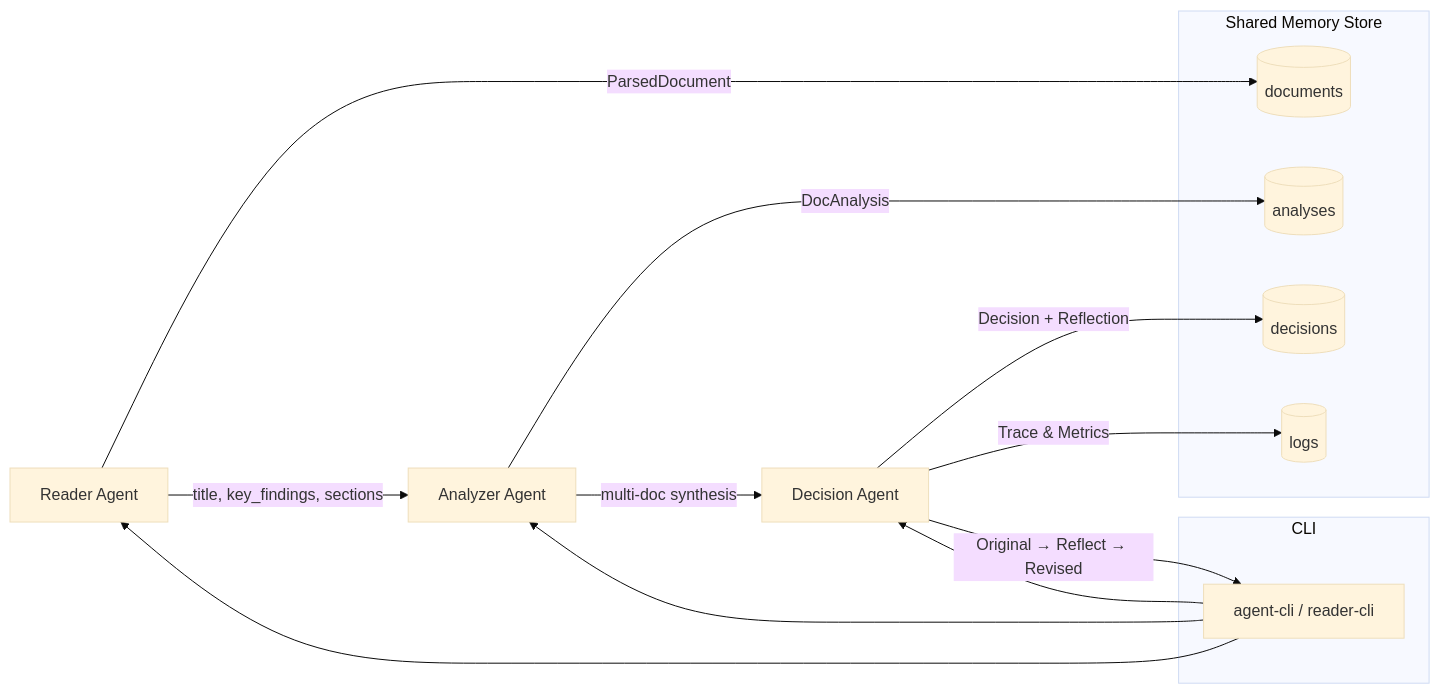
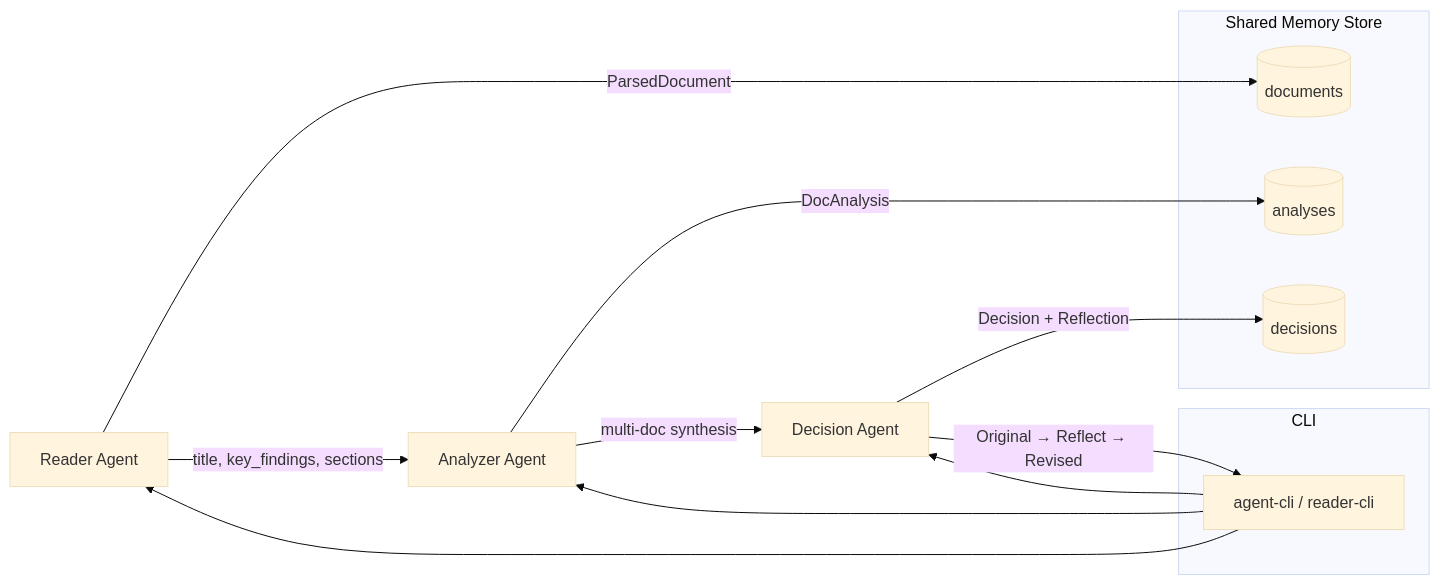
The diagram in README.md (Rozagp/agent-pipeline), drawn with Mermaid (base theme) before and after one commit.

````diff
--- a/README.md
+++ b/README.md
@@ -32,26 +32,26 @@
 ```mermaid
 flowchart LR
   subgraph Shared Memory Store
     S1[(documents)]
     S2[(analyses)]
     S3[(decisions)]
-    S4[(logs)]
+    
   end
 
   R[Reader Agent] -->|ParsedDocument| S1
   A[Analyzer Agent] -->|DocAnalysis| S2
   D[Decision Agent] -->|Decision + Reflection| S3
-  D -->|Trace & Metrics| S4
+
 
   R -->|title, key_findings, sections| A
   A -->|multi-doc synthesis| D
 
   subgraph CLI
     M[agent-cli / reader-cli]
   end
 
   M --> R
   M --> A
   M --> D
   D -->|Original → Reflect → Revised| M
 ```
````
